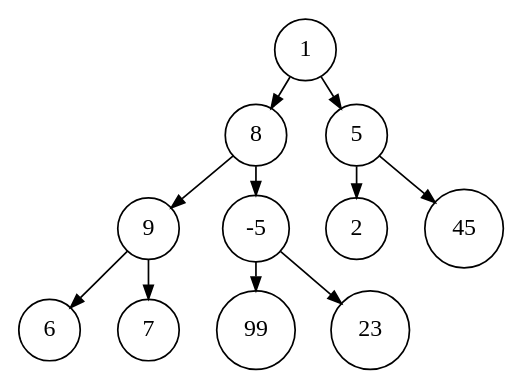
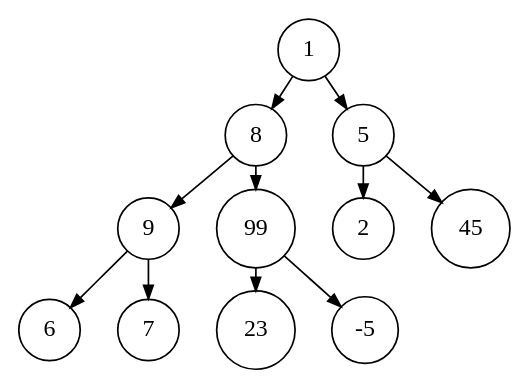
The diagram in onheapifyimg01.dot (averyfaller/cs207labs), drawn with Graphviz before and after one commit. The commit also changed 6 other files, not shown here.

```diff
--- a/onheapifyimg01.dot
+++ b/onheapifyimg01.dot
@@ -1,28 +1,28 @@
 
     digraph G {
     nodesep=0.3;
     ranksep=0.2;
     margin=0.1;
     node [shape=circle];
     edge [arrowsize=0.8];
     1 -> 2[side=left];
 1 -> 3;
 2 -> 4[side=left];
 2 -> 5;
 3 -> 6[side=left];
 3 -> 7;
 4 -> 8[side=left];
 4 -> 9;
 5 -> 10[side=left];
 5 -> 11;
 1[label="1"]
 2[label="8"]
 3[label="5"]
 4[label="9"]
-5[label="-5"]
+5[label="99"]
 6[label="2"]
 7[label="45"]
 8[label="6"]
 9[label="7"]
-10[label="99"]
-11[label="23"]}
+10[label="23"]
+11[label="-5"]}
```
